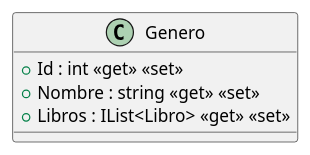
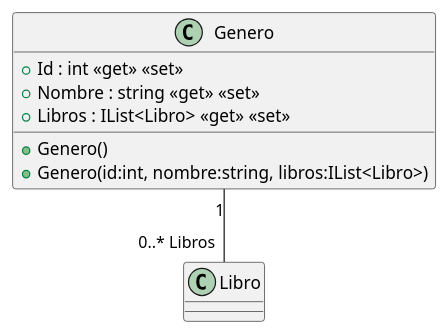
The diagram in src/AppForSEII.API/ClassDiagram/Genero.puml (ISII2627SoftwareEngineers/ISII2627SoftwareEngineers), drawn with PlantUML before and after one commit. The commit also changed 13 other files, not shown here.

Commit message:
Actualizados los diagramas de clases y el diagrama del caso de uso 4 ResenarLibros

```diff
--- a/src/AppForSEII.API/ClassDiagram/Genero.puml
+++ b/src/AppForSEII.API/ClassDiagram/Genero.puml
@@ -1,7 +1,10 @@
 @startuml
 class Genero {
+    + Genero()
+    + Genero(id:int, nombre:string, libros:IList<Libro>)
     + Id : int <<get>> <<set>>
     + Nombre : string <<get>> <<set>>
     + Libros : IList<Libro> <<get>> <<set>>
 }
+Genero "1" -- "0..* Libros" Libro
 @enduml
```
